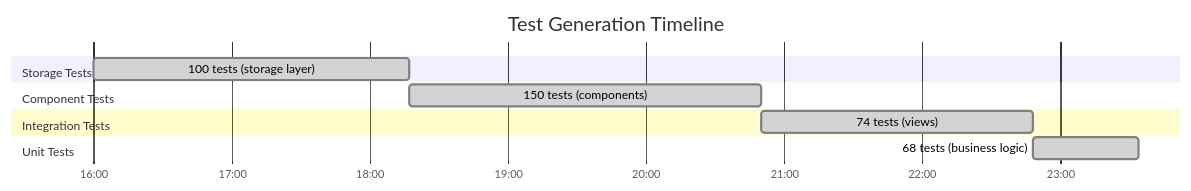
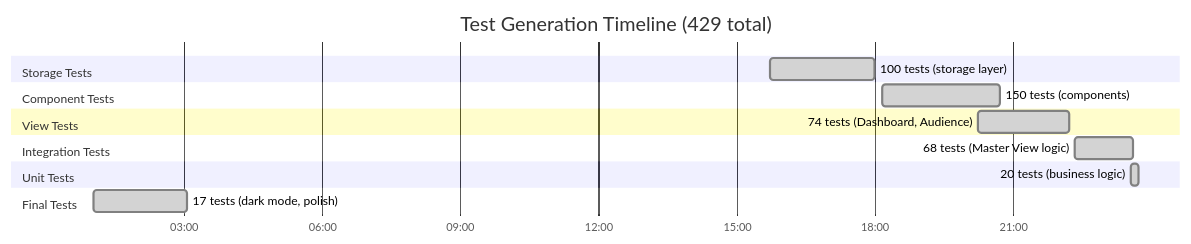
The fourth of 10 diagrams in docs/analysis/performance-analysis.md (rfrowe/the_floor), drawn with Mermaid before and after one commit. The commit also changed other lines of this file and 5 other files, not shown here.

First line of the commit message:
docs: complete session analysis with final metrics and DST-adjusted timeline

````diff
--- a/docs/analysis/performance-analysis.md
+++ b/docs/analysis/performance-analysis.md
@@ -283,18 +284,24 @@
 ```mermaid
 gantt
-    title Test Generation Timeline
+    title Test Generation Timeline (429 total)
     dateFormat HH:mm
     axisFormat %H:%M
 
     section Storage Tests
-    100 tests (storage layer)   :done, 16:00, 18:17
+    100 tests (storage layer)       :done, 15:43, 137m
 
     section Component Tests
-    150 tests (components)       :done, 18:17, 20:50
+    150 tests (components)           :done, 18:10, 153m
+
+    section View Tests
+    74 tests (Dashboard, Audience)   :done, 20:15, 118m
 
     section Integration Tests
-    74 tests (views)             :done, 20:50, 22:48
+    68 tests (Master View logic)     :done, 22:21, 76m
 
     section Unit Tests
-    68 tests (business logic)    :done, 22:48, 23:34
+    20 tests (business logic)        :done, 23:34, 10m
+
+    section Final Tests
+    17 tests (dark mode, polish)     :done, 01:02, 122m
 ```
````
